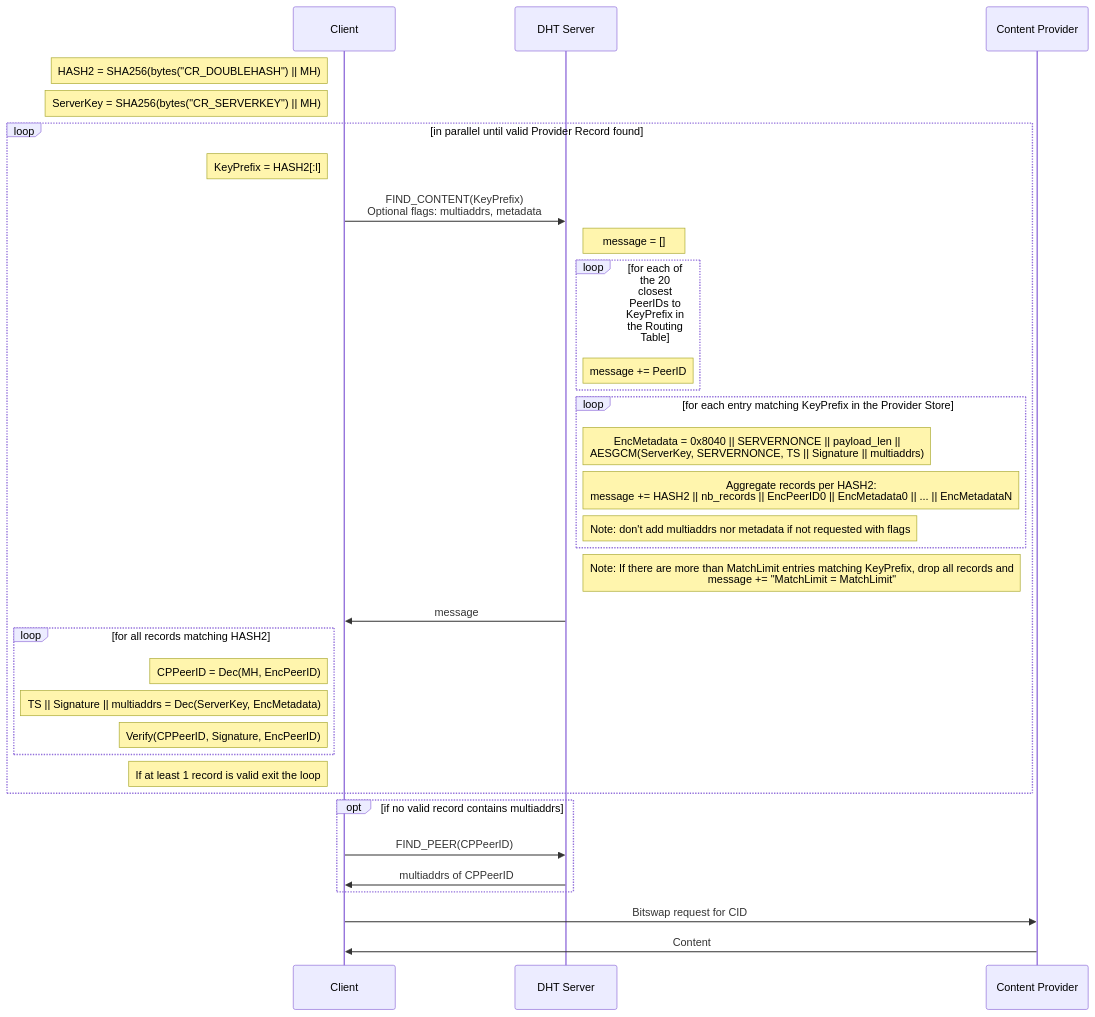
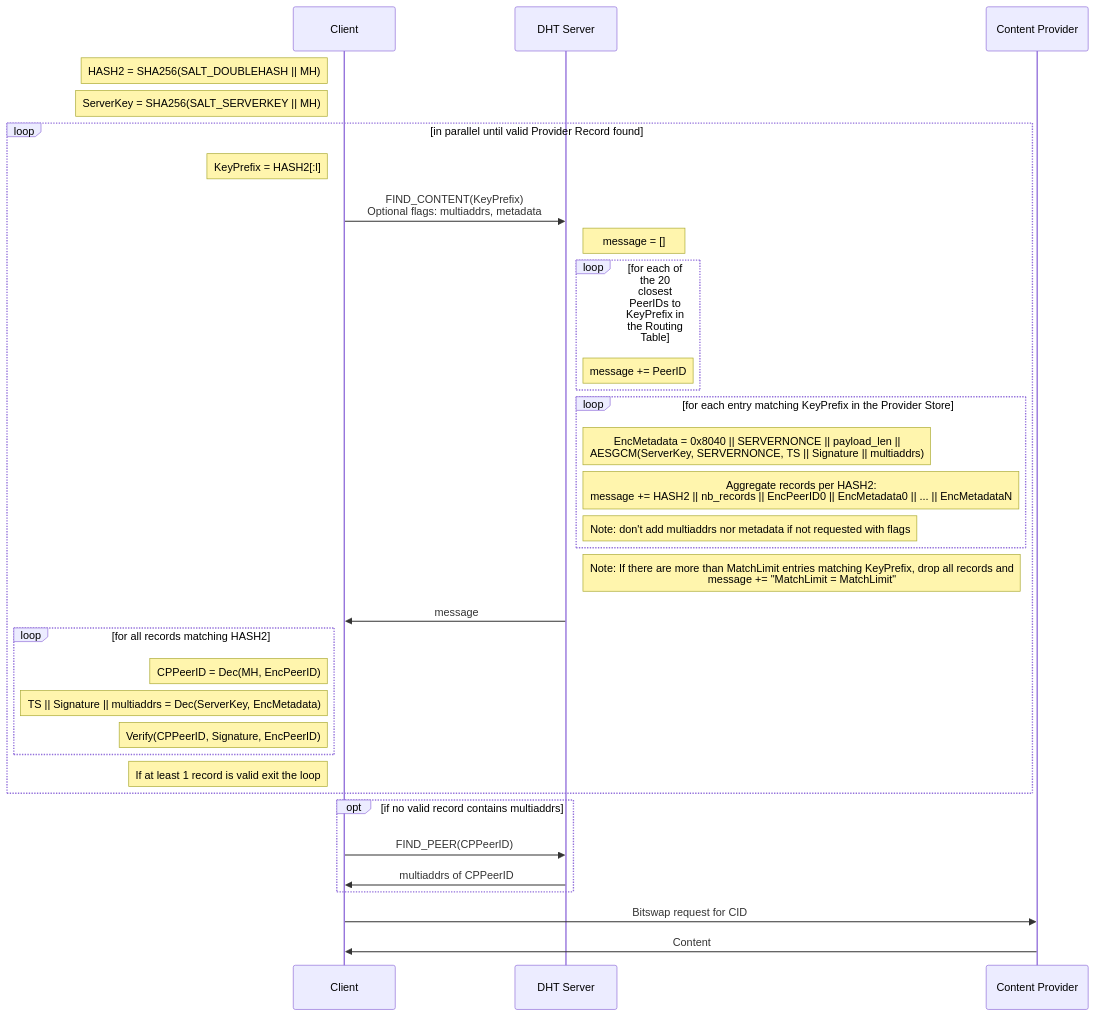
The second of 2 diagrams in IPIP/0373-double-hash-dht.md (ipfs/specs), drawn with Mermaid before and after one commit.

````diff
--- a/IPIP/0373-double-hash-dht.md
+++ b/IPIP/0373-double-hash-dht.md
@@ -147,39 +147,39 @@
 ```mermaid
 sequenceDiagram
     participant Client
     participant Server as DHT Server
     participant CP as Content Provider
 
-    Note left of Client: HASH2 = SHA256(bytes("CR_DOUBLEHASH") || MH)
-    Note left of Client: ServerKey = SHA256(bytes("CR_SERVERKEY") || MH)
+    Note left of Client: HASH2 = SHA256(SALT_DOUBLEHASH || MH)
+    Note left of Client: ServerKey = SHA256(SALT_SERVERKEY || MH)
 
     loop in parallel until valid Provider Record found
         Note left of Client: KeyPrefix = HASH2[:l]
         Client->>Server: FIND_CONTENT(KeyPrefix)<br>Optional flags: multiaddrs, metadata
         Note right of Server: message = []
         loop for each of the 20 closest PeerIDs to KeyPrefix in the Routing Table
             Note right of Server: message += PeerID
         end
         loop for each entry matching KeyPrefix in the Provider Store
             Note right of Server: EncMetadata = 0x8040 || SERVERNONCE || payload_len ||<br> AESGCM(ServerKey, SERVERNONCE, TS || Signature || multiaddrs)
             Note right of Server: Aggregate records per HASH2:<br>message += HASH2 || nb_records || EncPeerID0 || EncMetadata0 || ... || EncMetadataN
             Note right of Server: Note: don't add multiaddrs nor metadata if not requested with flags
         end
         Note right of Server: Note: If there are more than MatchLimit entries matching KeyPrefix, drop all records and<br>message += "MatchLimit = MatchLimit"
         Server->>Client: message
         loop for all records matching HASH2
             Note left of Client: CPPeerID = Dec(MH, EncPeerID)
             Note left of Client: TS || Signature || multiaddrs = Dec(ServerKey, EncMetadata)
             Note left of Client: Verify(CPPeerID, Signature, EncPeerID)
         end
         Note left of Client: If at least 1 record is valid exit the loop
     end
     opt if no valid record contains multiaddrs
         Client->>Server: FIND_PEER(CPPeerID)
         Server->>Client: multiaddrs of CPPeerID
     end
 
 
     Client->>CP: Bitswap request for CID
     CP->>Client: Content
 ```
````
